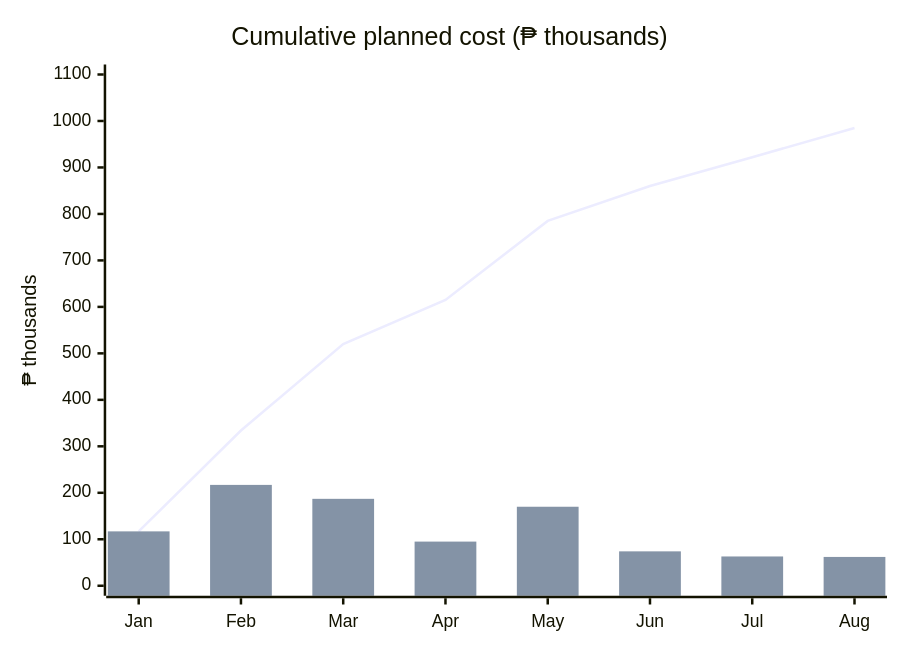
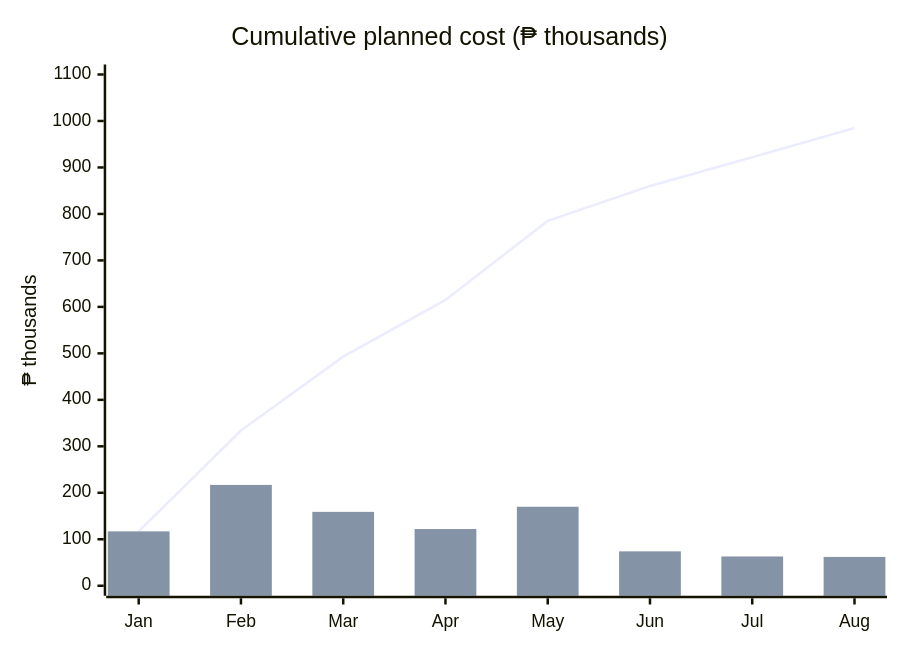
Before and after one commit to Thesis-Titans/littlesteps-docs: the diagram in docs/academic/cit246/plan/09-cost-estimate-and-budget.md, drawn with Mermaid. The commit also changed other lines of this file and 17 other files, not shown here.

````diff
--- a/docs/academic/cit246/plan/09-cost-estimate-and-budget.md
+++ b/docs/academic/cit246/plan/09-cost-estimate-and-budget.md
@@ -106,8 +106,8 @@
 ```mermaid
 xychart-beta
   title "Cumulative planned cost (₱ thousands)"
   x-axis [Jan, Feb, Mar, Apr, May, Jun, Jul, Aug]
   y-axis "₱ thousands" 0 --> 1100
-  line [117, 334, 520, 615, 785, 860, 922, 985]
-  bar [117, 217, 187, 95, 170, 74, 63, 62]
+  line [117, 334, 493, 615, 785, 860, 922, 985]
+  bar [117, 217, 159, 122, 170, 74, 63, 62]
 ```
````
